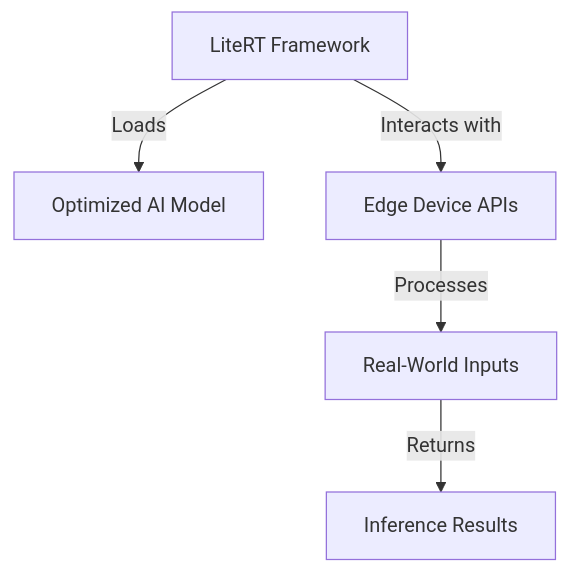
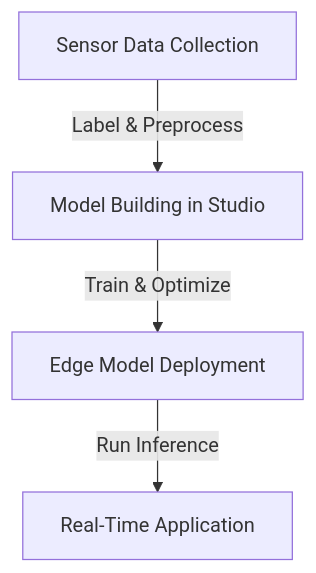
The diagram in core/systems/edge-computing/edge-ai/concepts/frameworks/deepcraft/deepcraft-core-basics.md (afondiel/computer-science-notebook), drawn with Mermaid before and after one commit. The commit also changed other lines of this file and 2 other files, not shown here.

Commit message:
core-edge-ai: update deepcraft notes

````diff
--- a/core/systems/edge-computing/edge-ai/concepts/frameworks/deepcraft/deepcraft-core-basics.md
+++ b/core/systems/edge-computing/edge-ai/concepts/frameworks/deepcraft/deepcraft-core-basics.md
@@ -56,7 +41,6 @@
 ```mermaid
 graph TD
-A[LiteRT Framework] -->|Loads| B[Optimized AI Model]
-A -->|Interacts with| C[Edge Device APIs]
-C -->|Processes| D[Real-World Inputs]
-D -->|Returns| E[Inference Results]
+    A[Sensor Data Collection] -->|Label & Preprocess| B[Model Building in Studio]
+    B -->|Train & Optimize| C[Edge Model Deployment]
+    C -->|Run Inference| D[Real-Time Application]
 ```
````
